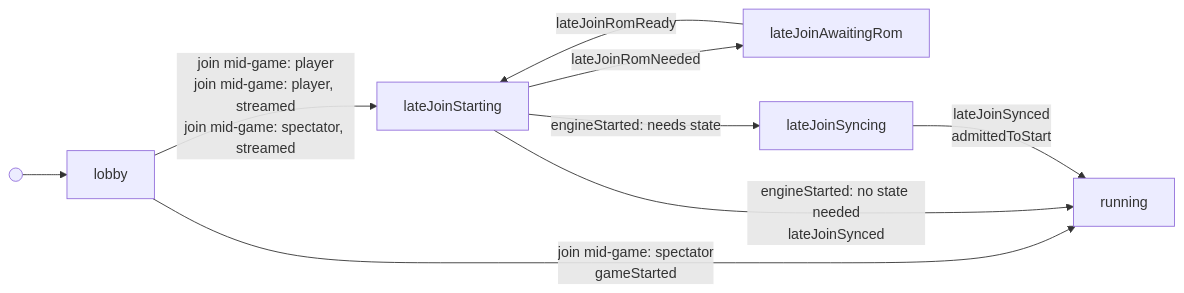
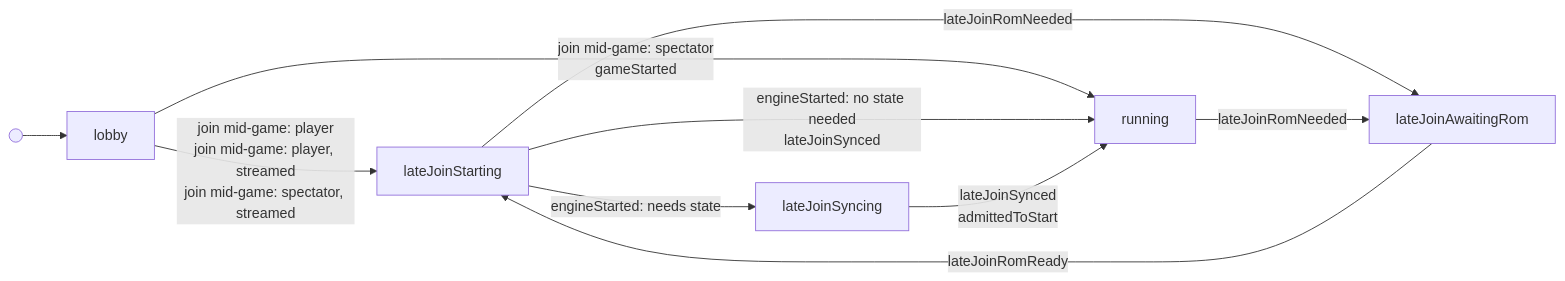
Before and after one commit to kwilson21/kaillera-next: the first of 2 diagrams in docs/session-machine.md, drawn with Mermaid. The commit also changed 10 other files, not shown here.

````diff
--- a/docs/session-machine.md
+++ b/docs/session-machine.md
@@ -6,11 +6,12 @@
 ```mermaid
 flowchart LR
   start(( )) --> lobby
   lobby -->|"join mid-game: player<br/>join mid-game: player, streamed<br/>join mid-game: spectator, streamed"| lateJoinStarting
   lobby -->|"join mid-game: spectator<br/>gameStarted"| running
   lateJoinStarting -->|"lateJoinRomNeeded"| lateJoinAwaitingRom
   lateJoinStarting -->|"engineStarted: needs state"| lateJoinSyncing
   lateJoinStarting -->|"engineStarted: no state needed<br/>lateJoinSynced"| running
+  running -->|"lateJoinRomNeeded"| lateJoinAwaitingRom
   lateJoinAwaitingRom -->|"lateJoinRomReady"| lateJoinStarting
   lateJoinSyncing -->|"lateJoinSynced<br/>admittedToStart"| running
 ```
````
